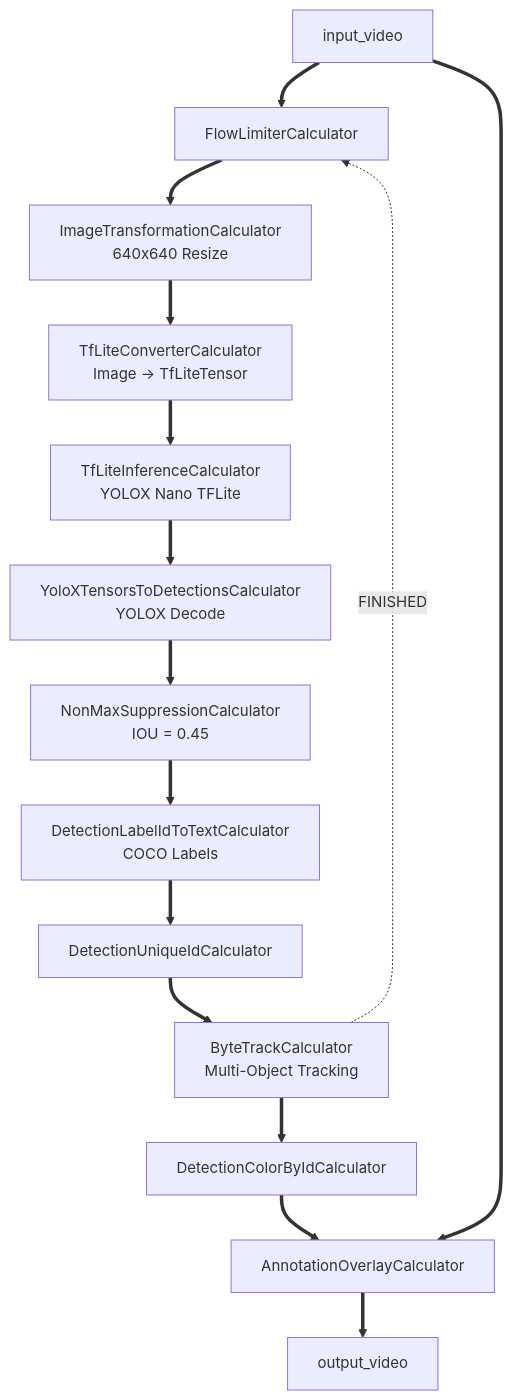
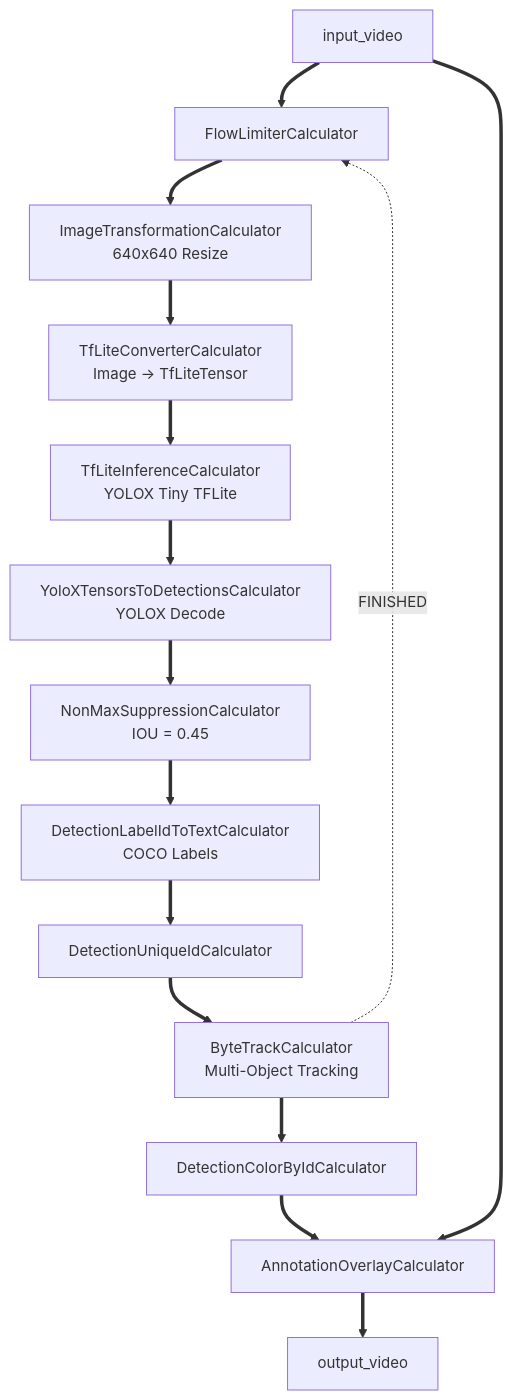
Before and after one commit to openvinotoolkit/mediapipe: the first of 2 diagrams in mediapipe/examples/desktop/bytetrack/README.md, drawn with Mermaid. The commit also changed other lines of this file and 2 other files, not shown here.

Commit message:
using yolox tiny instead of YOLOX nano for better accuracy

````diff
--- a/mediapipe/examples/desktop/bytetrack/README.md
+++ b/mediapipe/examples/desktop/bytetrack/README.md
@@ -78,44 +77,44 @@
 ```mermaid
 %%{init: {
 "flowchart": {
     "nodeSpacing": 35,
     "rankSpacing": 45,
     "curve": "basis"
 },
 "themeVariables": {
     "fontSize": "15px"
 }
 }}%%
 
 flowchart TD
 
     A["input_video"]
 
     A ==> FL["FlowLimiterCalculator"]
 
     FL ==> B["ImageTransformationCalculator<br/>640x640 Resize"]
 
     B ==> C["TfLiteConverterCalculator<br/>Image → TfLiteTensor"]
 
-    C ==> D["TfLiteInferenceCalculator<br/>YOLOX Nano TFLite"]
+    C ==> D["TfLiteInferenceCalculator<br/>YOLOX Tiny TFLite"]
 
     D ==> E["YoloXTensorsToDetectionsCalculator<br/>YOLOX Decode"]
 
     E ==> F["NonMaxSuppressionCalculator<br/>IOU = 0.45"]
 
     F ==> G["DetectionLabelIdToTextCalculator<br/>COCO Labels"]
 
     G ==> H["DetectionUniqueIdCalculator"]
 
     H ==> I["ByteTrackCalculator<br/>Multi-Object Tracking"]
 
     I ==> J["DetectionColorByIdCalculator"]
 
     J ==> K["AnnotationOverlayCalculator"]
 
     A ==> K
 
     K ==> L["output_video"]
 
     I -. "FINISHED" .-> FL
 ```
````
